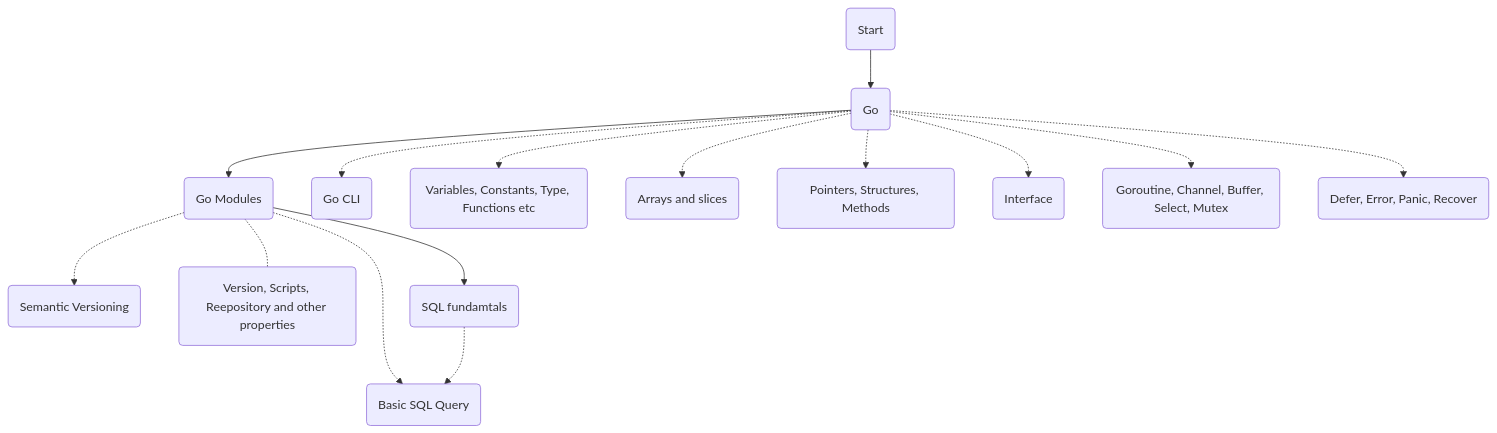
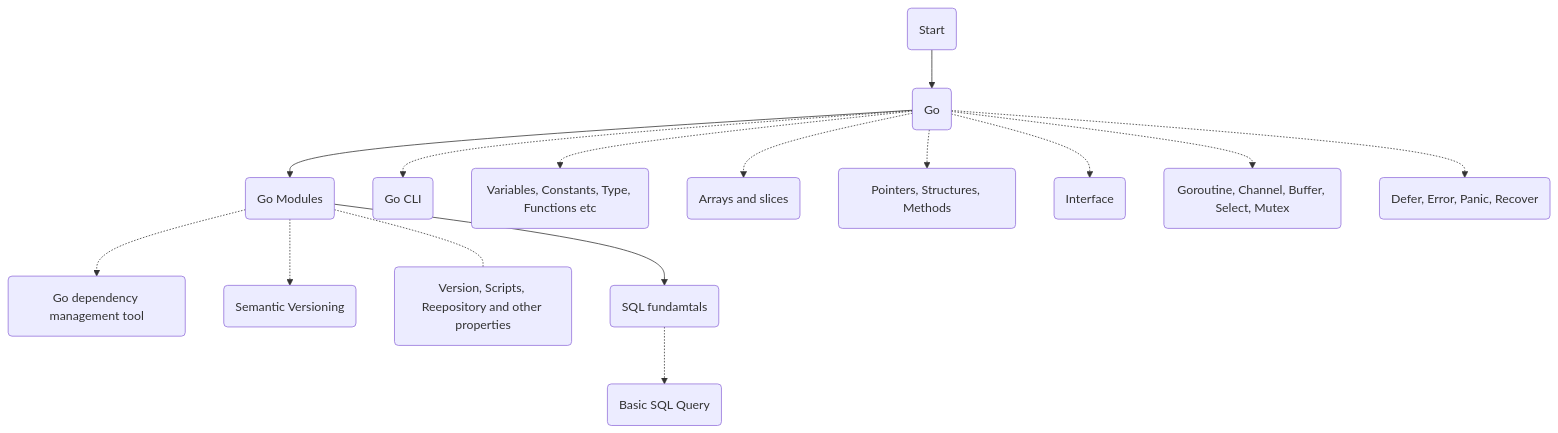
The diagram in README.md (AliAkberAakash/golang-roadmap), drawn with Mermaid before and after one commit.

````diff
--- a/README.md
+++ b/README.md
@@ -3,17 +3,17 @@
 ```mermaid
 graph TD;
     start(Start)-->A(Go)
     A-->B(Go Modules)
     A-.->A1(Go CLI)
     A-.->A2(Variables, Constants, Type, Functions etc)
     A-.->A3(Arrays and slices)
     A-.->A4(Pointers, Structures, Methods)
     A-.->A5(Interface)
     A-.->A6(Goroutine, Channel, Buffer, Select, Mutex)
     A-.->A7(Defer, Error, Panic, Recover)
     B-.->B1(Go dependency management tool)
     B-.->B2(Semantic Versioning)
     B-.-B3(Version, Scripts, Reepository and other properties)
     B-->C(SQL fundamtals)
-    C-.->B1(Basic SQL Query)
+    C-.->C1(Basic SQL Query)
 ```
````
